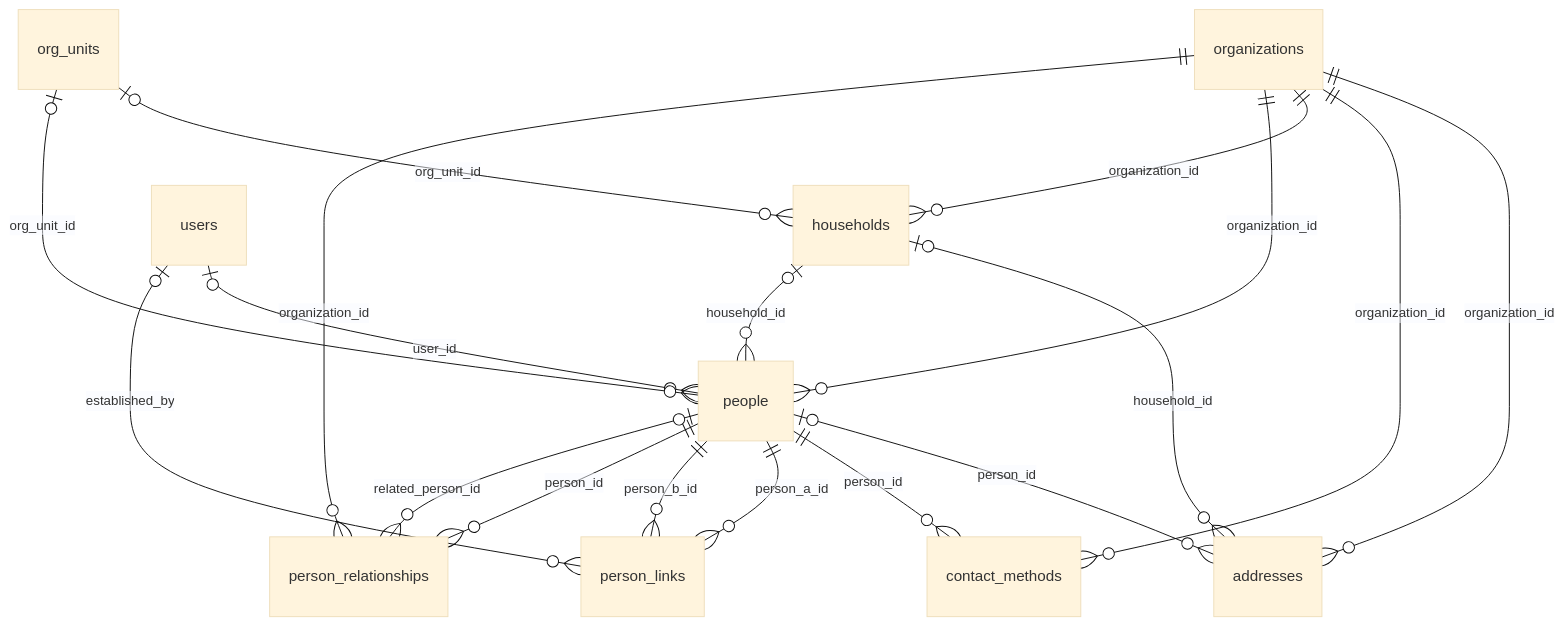
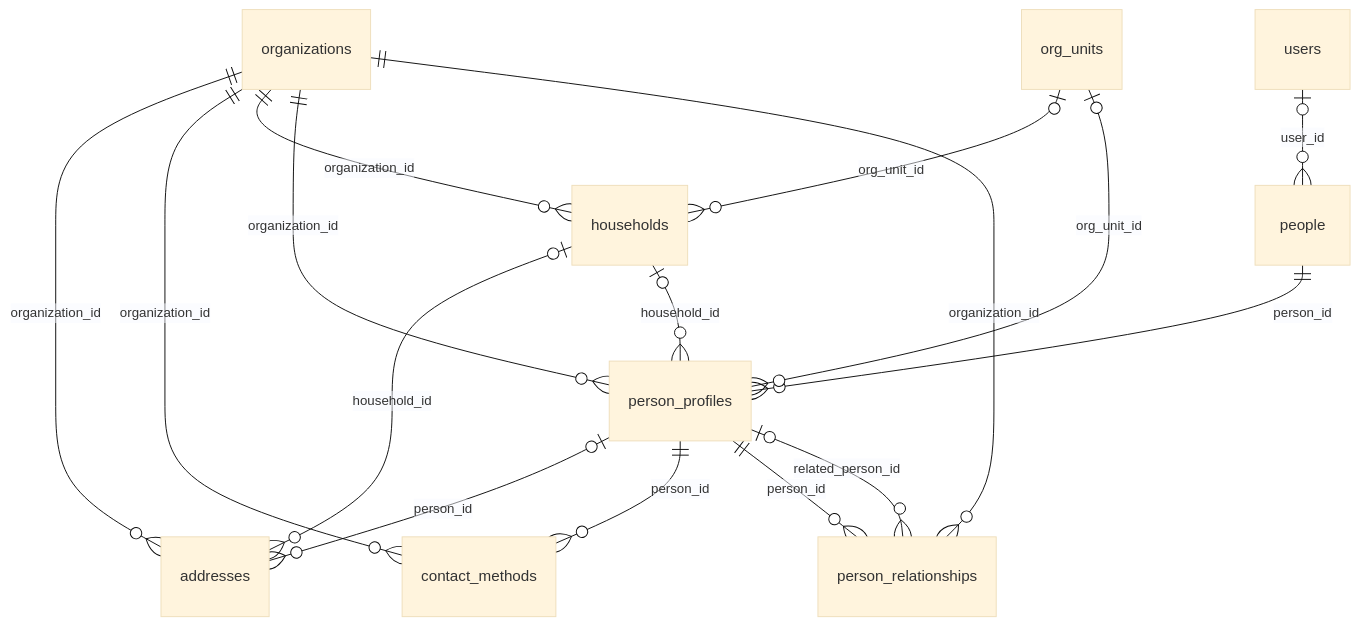
Before and after one commit to chenson42/presby: the second of 9 diagrams in docs/schema-design.md, drawn with Mermaid (base theme). The commit also changed other lines of this file and 13 other files, not shown here.

First line of the commit message:
refactor(schema): make people global, add person_profiles (D1 reversed)

````diff
--- a/docs/schema-design.md
+++ b/docs/schema-design.md
@@ -102,20 +105,18 @@
 ```mermaid
 erDiagram
   organizations ||--o{ addresses : "organization_id"
   households |o--o{ addresses : "household_id"
-  people |o--o{ addresses : "person_id"
+  person_profiles |o--o{ addresses : "person_id"
   organizations ||--o{ contact_methods : "organization_id"
-  people ||--o{ contact_methods : "person_id"
+  person_profiles ||--o{ contact_methods : "person_id"
   organizations ||--o{ households : "organization_id"
   org_units |o--o{ households : "org_unit_id"
-  organizations ||--o{ people : "organization_id"
   users |o--o{ people : "user_id"
-  households |o--o{ people : "household_id"
-  org_units |o--o{ people : "org_unit_id"
-  people ||--o{ person_links : "person_a_id"
-  people ||--o{ person_links : "person_b_id"
-  users |o--o{ person_links : "established_by"
+  organizations ||--o{ person_profiles : "organization_id"
+  people ||--o{ person_profiles : "person_id"
+  households |o--o{ person_profiles : "household_id"
+  org_units |o--o{ person_profiles : "org_unit_id"
   organizations ||--o{ person_relationships : "organization_id"
-  people ||--o{ person_relationships : "person_id"
-  people |o--o{ person_relationships : "related_person_id"
+  person_profiles ||--o{ person_relationships : "person_id"
+  person_profiles |o--o{ person_relationships : "related_person_id"
 ```
````
